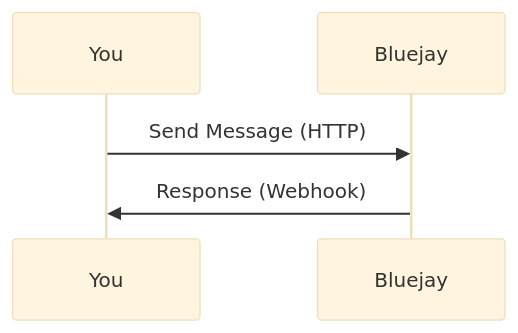
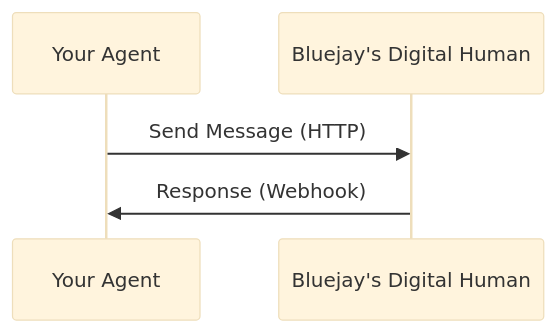
Before and after one commit to bluejay-ai-dev/docs: the first of 2 diagrams in simulation-integrations/http-webhooks.mdx, drawn with Mermaid (base theme). The commit also changed other lines of this file, not shown here.

````diff
--- a/simulation-integrations/http-webhooks.mdx
+++ b/simulation-integrations/http-webhooks.mdx
@@ -22,8 +22,8 @@
 ```mermaid
 sequenceDiagram
-    participant You
-    participant Bluejay
+    participant Your Agent
+    participant Bluejay's Digital Human
    
-    You->>Bluejay: Send Message (HTTP)
-    Bluejay->>You: Response (Webhook)
+    Your Agent->>Bluejay's Digital Human: Send Message (HTTP)
+    Bluejay's Digital Human->> Your Agent: Response (Webhook)
 ```
````
